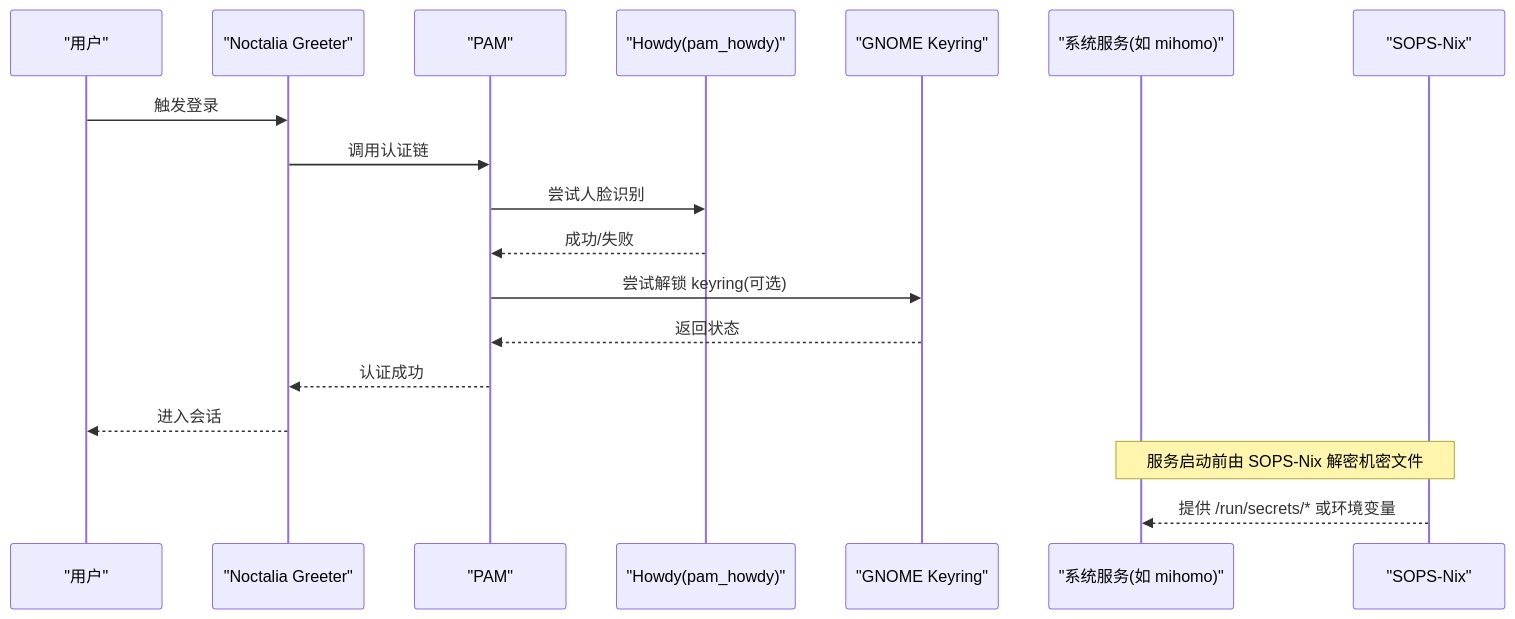
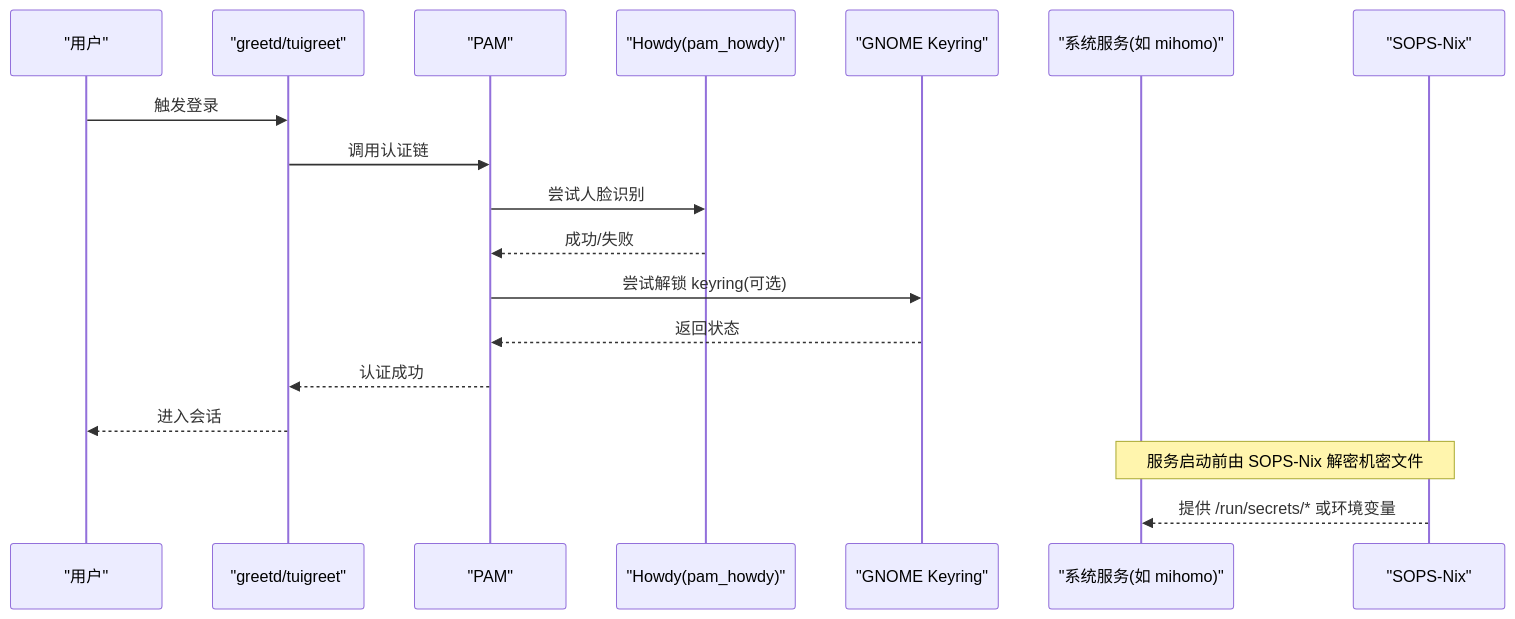
Before and after one commit to Shangshui0302/myNixOSConfig: the second of 2 diagrams in wiki/security/index.md, drawn with Mermaid. The commit also changed other lines of this file and 25 other files, not shown here.

````diff
--- a/wiki/security/index.md
+++ b/wiki/security/index.md
@@ -56,20 +56,20 @@
 ```mermaid
 sequenceDiagram
 participant U as "用户"
-participant G as "Noctalia Greeter"
+participant G as "greetd/tuigreet"
 participant P as "PAM"
 participant H as "Howdy(pam_howdy)"
 participant K as "GNOME Keyring"
 participant S as "系统服务(如 mihomo)"
 participant SS as "SOPS-Nix"
 U->>G : 触发登录
 G->>P : 调用认证链
 P->>H : 尝试人脸识别
 H-->>P : 成功/失败
 P->>K : 尝试解锁 keyring(可选)
 K-->>P : 返回状态
 P-->>G : 认证成功
 G-->>U : 进入会话
 Note over SS,S : 服务启动前由 SOPS-Nix 解密机密文件
 SS-->>S : 提供 /run/secrets/* 或环境变量
 ```
````
